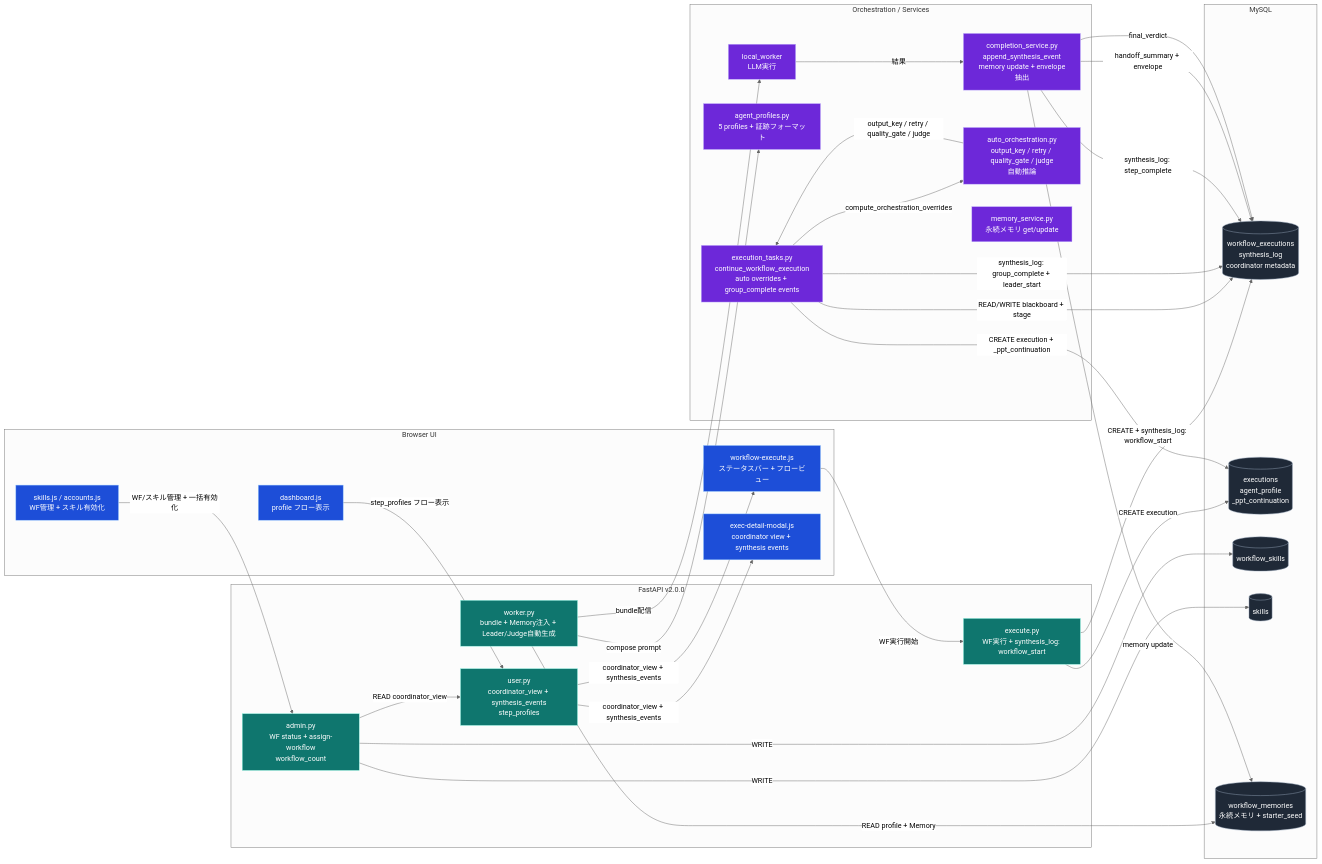
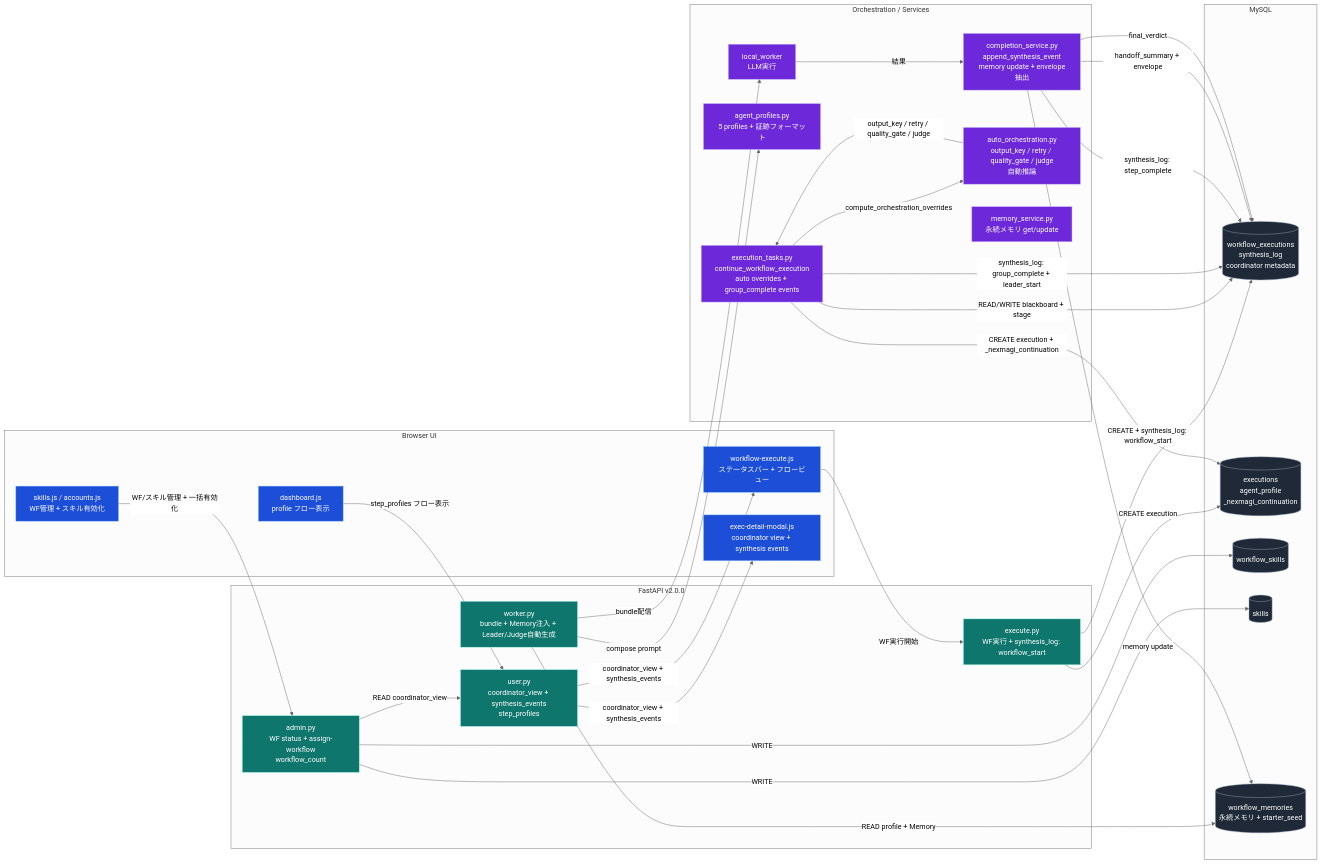
The diagram in docs/diagrams/workflow-stage-dataflow.mmd (yushihonda/prompt-provision-tool), drawn with Mermaid (neutral theme) before and after one commit. The commit also changed 70 other files, not shown here.

```diff
--- a/docs/diagrams/workflow-stage-dataflow.mmd
+++ b/docs/diagrams/workflow-stage-dataflow.mmd
@@ -1,70 +1,70 @@
 flowchart LR
   subgraph UI[Browser UI]
     EXE_UI[workflow-execute.js<br/>ステータスバー + フロービュー]
     MODAL_UI[exec-detail-modal.js<br/>coordinator view + synthesis events]
     DASH_UI[dashboard.js<br/>profile フロー表示]
     ADMIN_UI[skills.js / accounts.js<br/>WF管理 + スキル有効化]
   end
 
   subgraph API[FastAPI v2.0.0]
     EXEC_API[execute.py<br/>WF実行 + synthesis_log: workflow_start]
     USER_API[user.py<br/>coordinator_view + synthesis_events<br/>step_profiles]
     WORKER_API[worker.py<br/>bundle + Memory注入 + Leader/Judge自動生成]
     ADMIN_API[admin.py<br/>WF status + assign-workflow<br/>workflow_count]
   end
 
   subgraph ORCH[Orchestration / Services]
     TASKS[execution_tasks.py<br/>continue_workflow_execution<br/>auto overrides + group_complete events]
     COMPLETE[completion_service.py<br/>append_synthesis_event<br/>memory update + envelope抽出]
     AUTO[auto_orchestration.py<br/>output_key / retry / quality_gate / judge<br/>自動推論]
     MEMORY[memory_service.py<br/>永続メモリ get/update]
     PROFILE[agent_profiles.py<br/>5 profiles + 証跡フォーマット]
     WORKER[local_worker<br/>LLM実行]
   end
 
   subgraph DB[MySQL]
     WF_EXEC[(workflow_executions<br/>synthesis_log<br/>coordinator metadata)]
-    EXEC[(executions<br/>agent_profile<br/>_ppt_continuation)]
+    EXEC[(executions<br/>agent_profile<br/>_nexmagi_continuation)]
     WF_SKILL[(workflow_skills)]
     SKILL[(skills)]
     WF_MEM[(workflow_memories<br/>永続メモリ + starter_seed)]
   end
 
   ADMIN_UI -->|WF/スキル管理 + 一括有効化| ADMIN_API
   ADMIN_API -->|WRITE| SKILL
   ADMIN_API -->|WRITE| WF_SKILL
   ADMIN_API -->|READ coordinator_view| USER_API
 
   DASH_UI -->|step_profiles フロー表示| USER_API
   EXE_UI -->|WF実行開始| EXEC_API
   EXEC_API -->|CREATE + synthesis_log: workflow_start| WF_EXEC
   EXEC_API -->|CREATE execution| EXEC
 
   TASKS -->|compute_orchestration_overrides| AUTO
   AUTO -->|output_key / retry / quality_gate / judge| TASKS
   TASKS -->|READ/WRITE blackboard + stage| WF_EXEC
   TASKS -->|synthesis_log: group_complete + leader_start| WF_EXEC
-  TASKS -->|CREATE execution + _ppt_continuation| EXEC
+  TASKS -->|CREATE execution + _nexmagi_continuation| EXEC
 
   WORKER_API -->|READ profile + Memory| WF_MEM
   WORKER_API -->|compose prompt| PROFILE
   WORKER_API -->|bundle配信| WORKER
 
   WORKER -->|結果| COMPLETE
   COMPLETE -->|synthesis_log: step_complete| WF_EXEC
   COMPLETE -->|memory update| WF_MEM
   COMPLETE -->|handoff_summary + envelope| WF_EXEC
   COMPLETE -->|final_verdict| WF_EXEC
 
   USER_API -->|coordinator_view + synthesis_events| EXE_UI
   USER_API -->|coordinator_view + synthesis_events| MODAL_UI
 
   classDef db fill:#1f2937,stroke:#94a3b8,color:#fff;
   classDef api fill:#0f766e,stroke:#99f6e4,color:#fff;
   classDef ui fill:#1d4ed8,stroke:#93c5fd,color:#fff;
   classDef svc fill:#6d28d9,stroke:#c4b5fd,color:#fff;
 
   class WF_EXEC,EXEC,WF_SKILL,SKILL,WF_MEM db;
   class EXEC_API,USER_API,WORKER_API,ADMIN_API api;
   class EXE_UI,MODAL_UI,DASH_UI,ADMIN_UI ui;
   class TASKS,COMPLETE,AUTO,MEMORY,PROFILE,WORKER svc;
```
